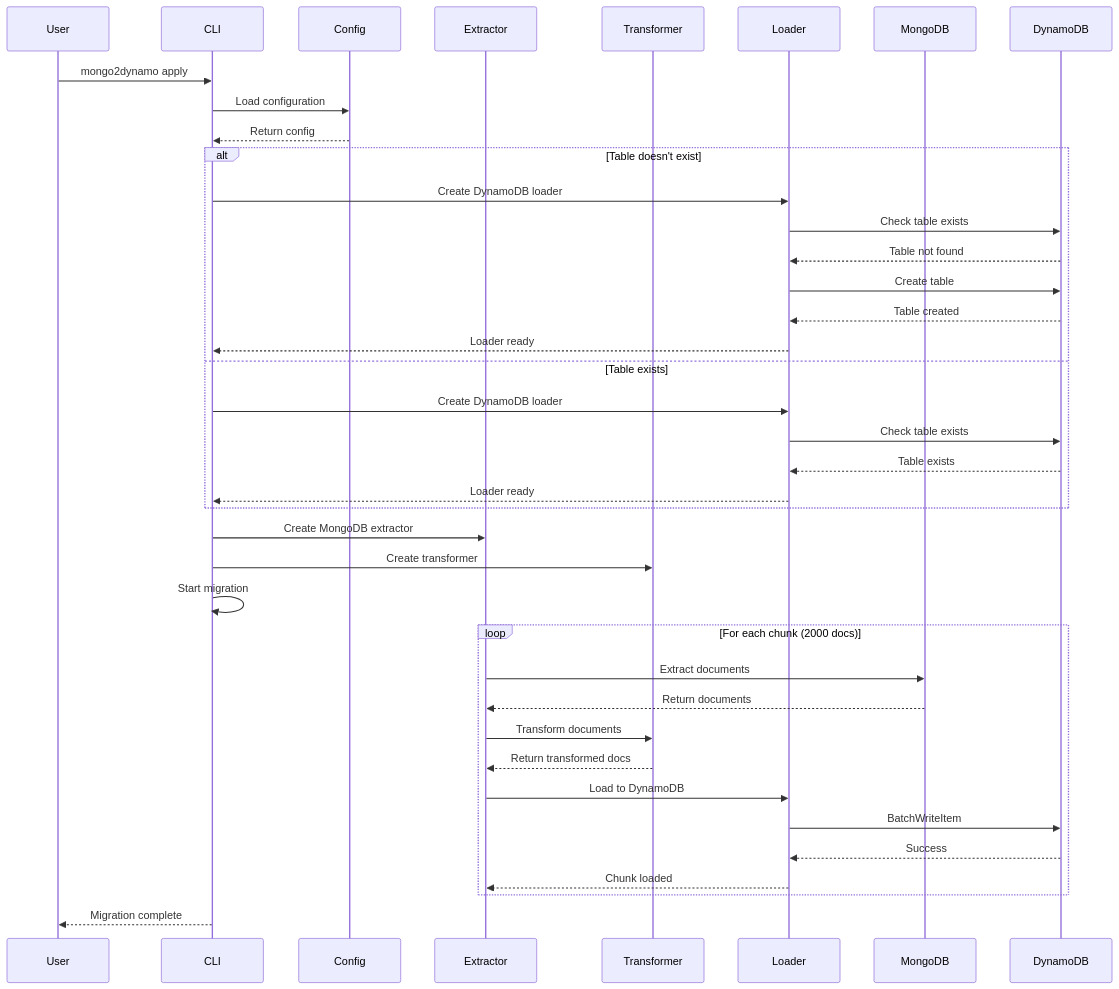
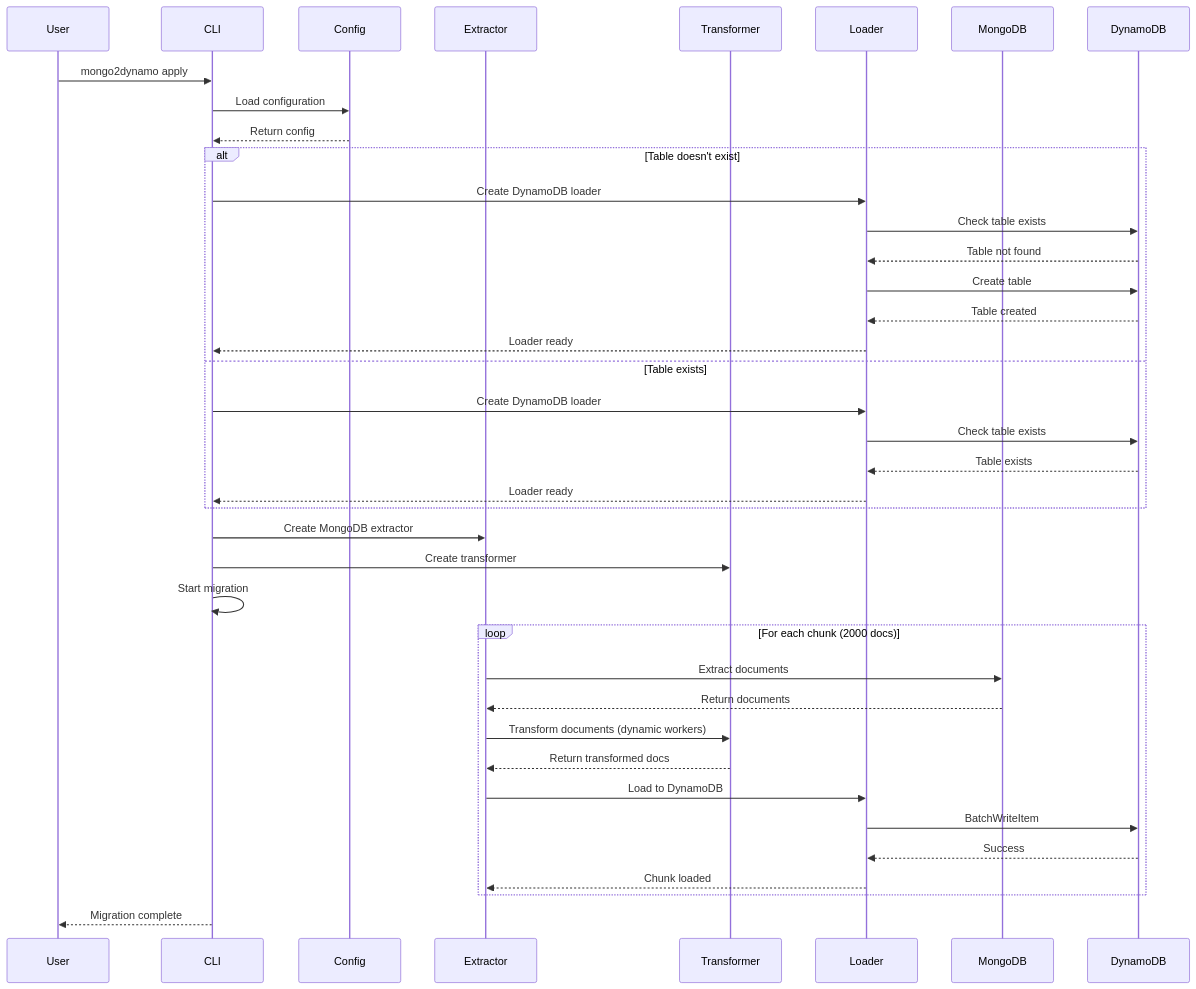
The diagram in README.md (dutymate/mongo2dynamo), drawn with Mermaid before and after one commit. The commit also changed other lines of this file, not shown here.

Commit message:
docs: Update README to document dynamic worker pool capabilities

````diff
--- a/README.md
+++ b/README.md
@@ -153,46 +155,46 @@
 ```mermaid
 sequenceDiagram
     participant User
     participant CLI
     participant Config
     participant Extractor
     participant Transformer
     participant Loader
     participant MongoDB
     participant DynamoDB
 
     User->>CLI: mongo2dynamo apply
     CLI->>Config: Load configuration
     Config-->>CLI: Return config
     
     alt Table doesn't exist
         CLI->>Loader: Create DynamoDB loader
         Loader->>DynamoDB: Check table exists
         DynamoDB-->>Loader: Table not found
         Loader->>DynamoDB: Create table
         DynamoDB-->>Loader: Table created
         Loader-->>CLI: Loader ready
     else Table exists
         CLI->>Loader: Create DynamoDB loader
         Loader->>DynamoDB: Check table exists
         DynamoDB-->>Loader: Table exists
         Loader-->>CLI: Loader ready
     end
     
     CLI->>Extractor: Create MongoDB extractor
     CLI->>Transformer: Create transformer
     CLI->>CLI: Start migration
     
     loop For each chunk (2000 docs)
         Extractor->>MongoDB: Extract documents
         MongoDB-->>Extractor: Return documents
-        Extractor->>Transformer: Transform documents
+        Extractor->>Transformer: Transform documents (dynamic workers)
         Transformer-->>Extractor: Return transformed docs
         Extractor->>Loader: Load to DynamoDB
         Loader->>DynamoDB: BatchWriteItem
         DynamoDB-->>Loader: Success
         Loader-->>Extractor: Chunk loaded
     end
     
     CLI-->>User: Migration complete
 ```
````
